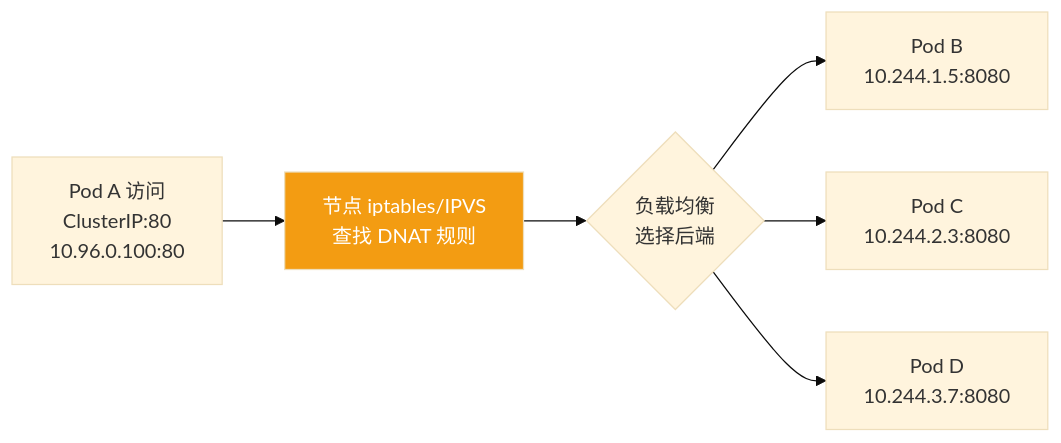
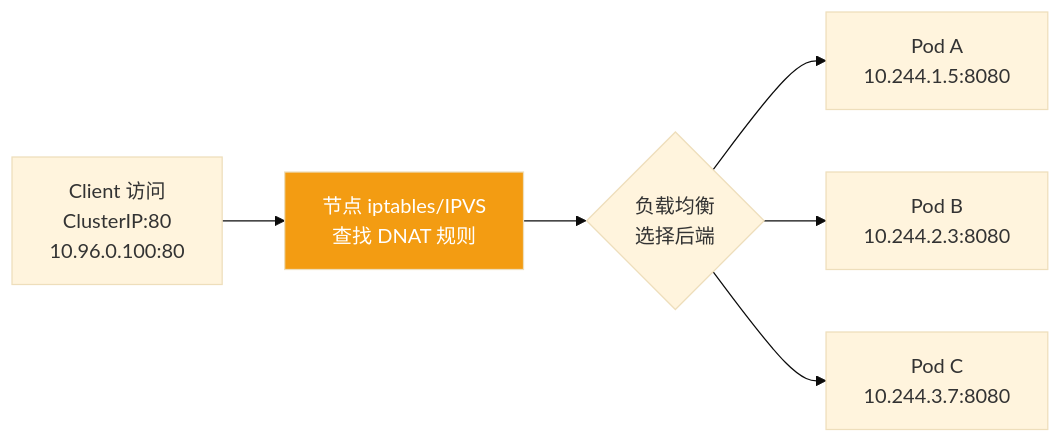
The fourth of 5 diagrams in content/collections/k8s-internals/k8s-architecture.md (xuezhaojun/blog), drawn with Mermaid (base theme) before and after one commit. The commit also changed other lines of this file and 4 other files, not shown here.

First line of the commit message:
Refine K8s architecture article: improve clarity, add depth, fix wording

````diff
--- a/content/collections/k8s-internals/k8s-architecture.md
+++ b/content/collections/k8s-internals/k8s-architecture.md
@@ -550,10 +653,10 @@
 ```mermaid
 flowchart LR
-    A["Pod A 访问<br/>ClusterIP:80<br/>10.96.0.100:80"] --> B["节点 iptables/IPVS<br/>查找 DNAT 规则"]
+    A["Client 访问<br/>ClusterIP:80<br/>10.96.0.100:80"] --> B["节点 iptables/IPVS<br/>查找 DNAT 规则"]
     B --> C{"负载均衡<br/>选择后端"}
-    C --> D["Pod B<br/>10.244.1.5:8080"]
-    C --> E["Pod C<br/>10.244.2.3:8080"]
-    C --> F["Pod D<br/>10.244.3.7:8080"]
+    C --> D["Pod A<br/>10.244.1.5:8080"]
+    C --> E["Pod B<br/>10.244.2.3:8080"]
+    C --> F["Pod C<br/>10.244.3.7:8080"]
 
     style B fill:#f39c12,color:#fff
 ```
````
